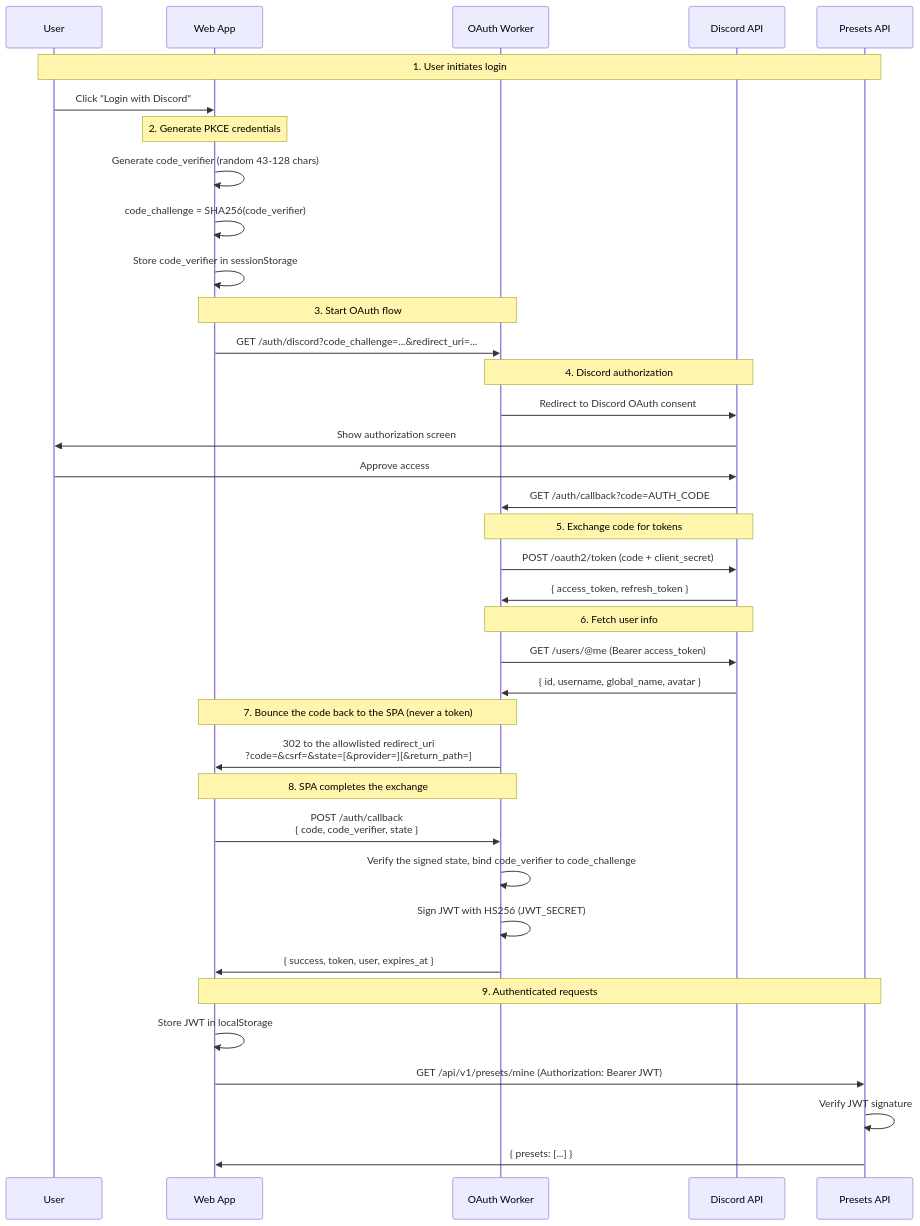
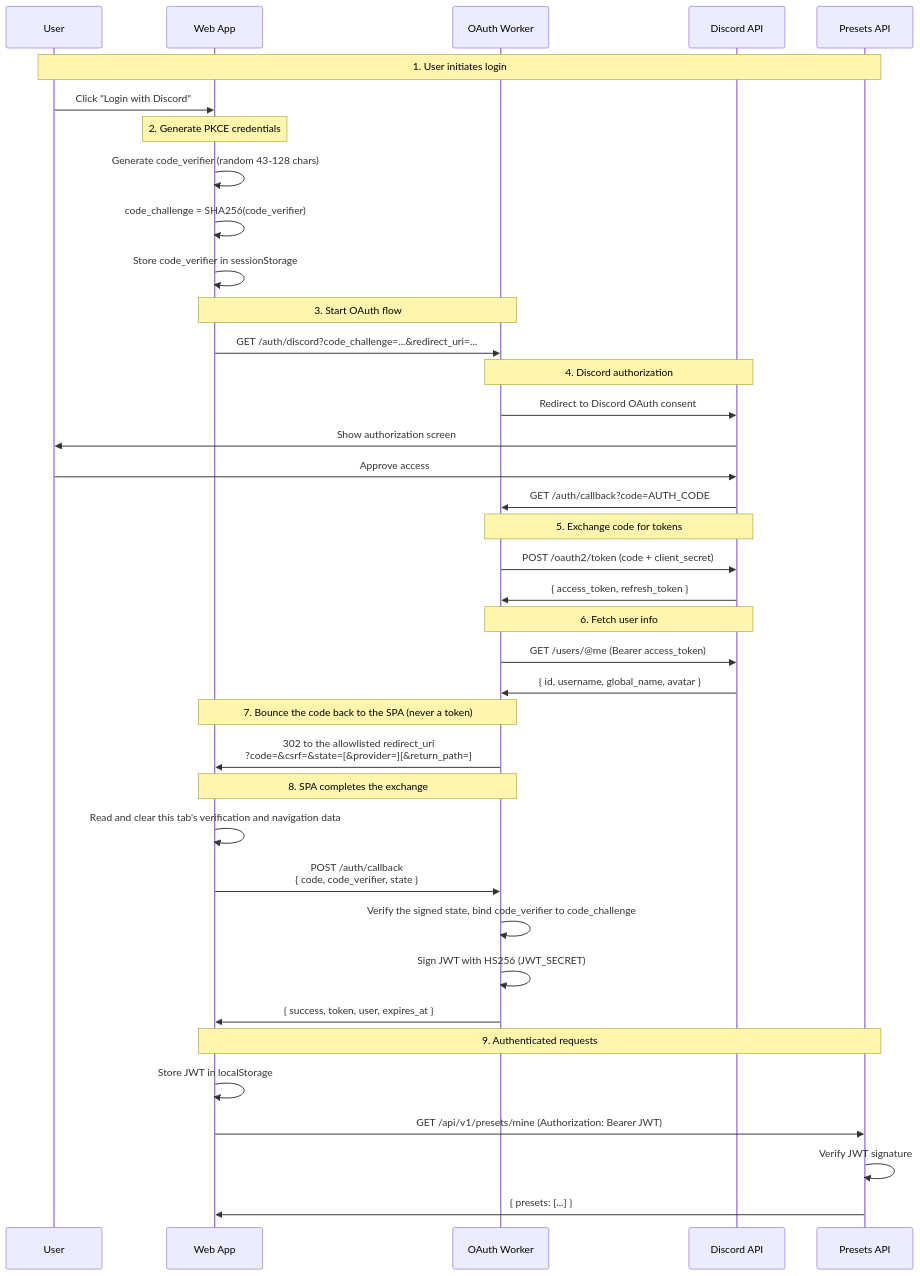
One commit to FlashGalatine/xivdyetools changed the first of 6 diagrams in docs/architecture/data-flow.md. Above: the diagram before and after it, drawn with Mermaid. The commit also changed 51 other files, not shown here.

Commit message:
fix(web-app): address Sprint 2 privacy, preset and palette findings (#460)

````diff
--- a/docs/architecture/data-flow.md
+++ b/docs/architecture/data-flow.md
@@ -11,48 +11,49 @@
 ```mermaid
 sequenceDiagram
     participant User
     participant WebApp as Web App
     participant OAuth as OAuth Worker
     participant Discord as Discord API
     participant Presets as Presets API
 
     Note over User,Presets: 1. User initiates login
     User->>WebApp: Click "Login with Discord"
 
     Note over WebApp: 2. Generate PKCE credentials
     WebApp->>WebApp: Generate code_verifier (random 43-128 chars)
     WebApp->>WebApp: code_challenge = SHA256(code_verifier)
     WebApp->>WebApp: Store code_verifier in sessionStorage
 
     Note over WebApp,OAuth: 3. Start OAuth flow
     WebApp->>OAuth: GET /auth/discord?code_challenge=...&redirect_uri=...
 
     Note over OAuth,Discord: 4. Discord authorization
     OAuth->>Discord: Redirect to Discord OAuth consent
     Discord->>User: Show authorization screen
     User->>Discord: Approve access
     Discord->>OAuth: GET /auth/callback?code=AUTH_CODE
 
     Note over OAuth,Discord: 5. Exchange code for tokens
     OAuth->>Discord: POST /oauth2/token (code + client_secret)
     Discord->>OAuth: { access_token, refresh_token }
 
     Note over OAuth,Discord: 6. Fetch user info
     OAuth->>Discord: GET /users/@me (Bearer access_token)
     Discord->>OAuth: { id, username, global_name, avatar }
 
     Note over OAuth,WebApp: 7. Bounce the code back to the SPA (never a token)
     OAuth->>WebApp: 302 to the allowlisted redirect_uri<br/>?code=&csrf=&state=[&provider=][&return_path=]
 
     Note over WebApp,OAuth: 8. SPA completes the exchange
+    WebApp->>WebApp: Read and clear this tab's verification and navigation data
     WebApp->>OAuth: POST /auth/callback<br/>{ code, code_verifier, state }
     OAuth->>OAuth: Verify the signed state, bind code_verifier to code_challenge
     OAuth->>OAuth: Sign JWT with HS256 (JWT_SECRET)
     OAuth->>WebApp: { success, token, user, expires_at }
 
     Note over WebApp,Presets: 9. Authenticated requests
     WebApp->>WebApp: Store JWT in localStorage
     WebApp->>Presets: GET /api/v1/presets/mine (Authorization: Bearer JWT)
     Presets->>Presets: Verify JWT signature
     Presets->>WebApp: { presets: [...] }
 ```
````
